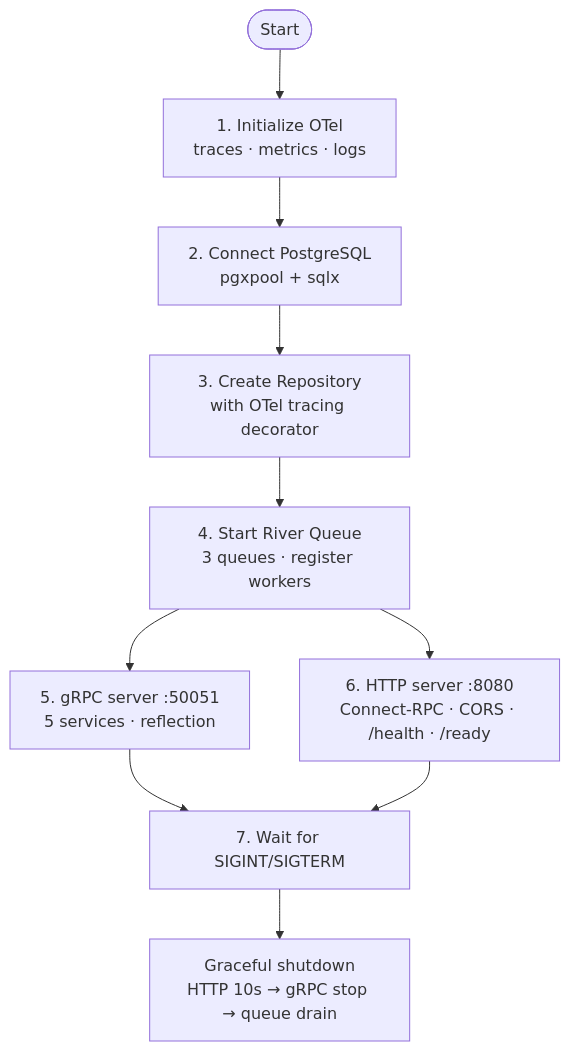
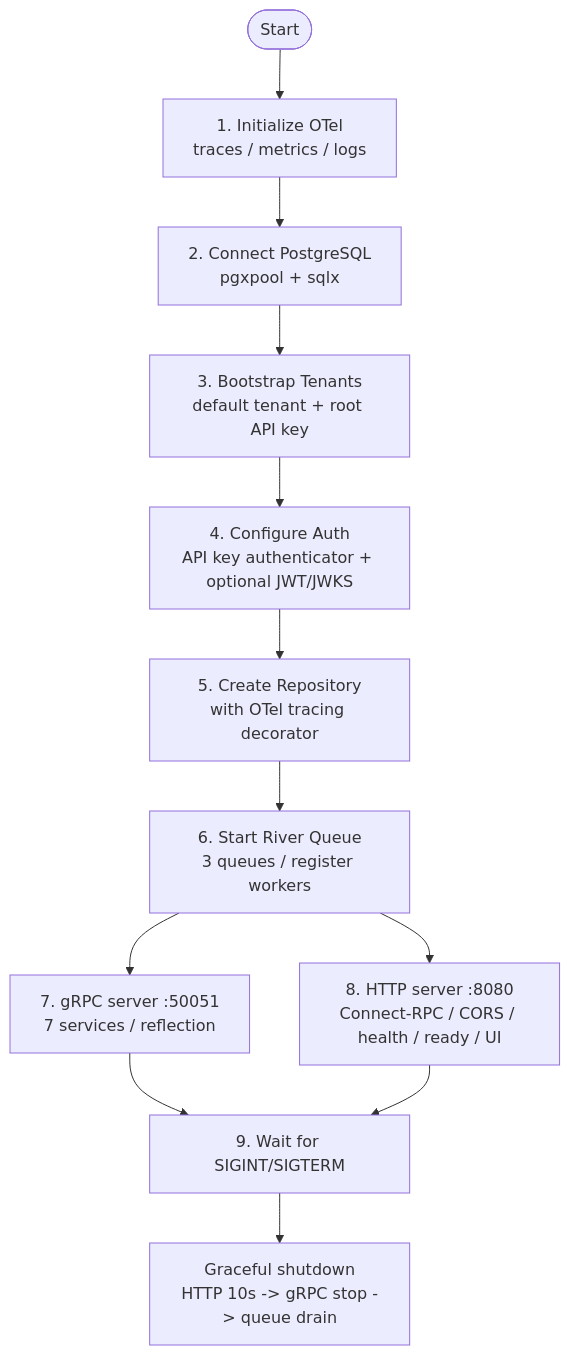
One commit to sarathsp06/sparrow changed the seventh of 7 diagrams in TECHNICAL.md. Above: the diagram before and after it, drawn with Mermaid. The commit also changed other lines of this file and 61 other files, not shown here.

````diff
--- a/TECHNICAL.md
+++ b/TECHNICAL.md
@@ -185,11 +332,13 @@
 ```mermaid
 flowchart TD
-    Start([Start]) --> OTel[1. Initialize OTel<br>traces · metrics · logs]
+    Start([Start]) --> OTel[1. Initialize OTel<br>traces / metrics / logs]
     OTel --> DB[2. Connect PostgreSQL<br>pgxpool + sqlx]
-    DB --> Repo[3. Create Repository<br>with OTel tracing decorator]
-    Repo --> Queue[4. Start River Queue<br>3 queues · register workers]
-    Queue --> GRPC[5. gRPC server :50051<br>5 services · reflection]
-    Queue --> HTTP[6. HTTP server :8080<br>Connect-RPC · CORS · /health · /ready]
-    GRPC & HTTP --> Signal[7. Wait for SIGINT/SIGTERM]
-    Signal --> Shutdown[Graceful shutdown<br>HTTP 10s → gRPC stop → queue drain]
+    DB --> Tenant[3. Bootstrap Tenants<br>default tenant + root API key]
+    Tenant --> Auth[4. Configure Auth<br>API key authenticator + optional JWT/JWKS]
+    Auth --> Repo[5. Create Repository<br>with OTel tracing decorator]
+    Repo --> Queue[6. Start River Queue<br>3 queues / register workers]
+    Queue --> GRPC[7. gRPC server :50051<br>7 services / reflection]
+    Queue --> HTTP[8. HTTP server :8080<br>Connect-RPC / CORS / health / ready / UI]
+    GRPC & HTTP --> Signal[9. Wait for SIGINT/SIGTERM]
+    Signal --> Shutdown[Graceful shutdown<br>HTTP 10s -> gRPC stop -> queue drain]
 ```
````
